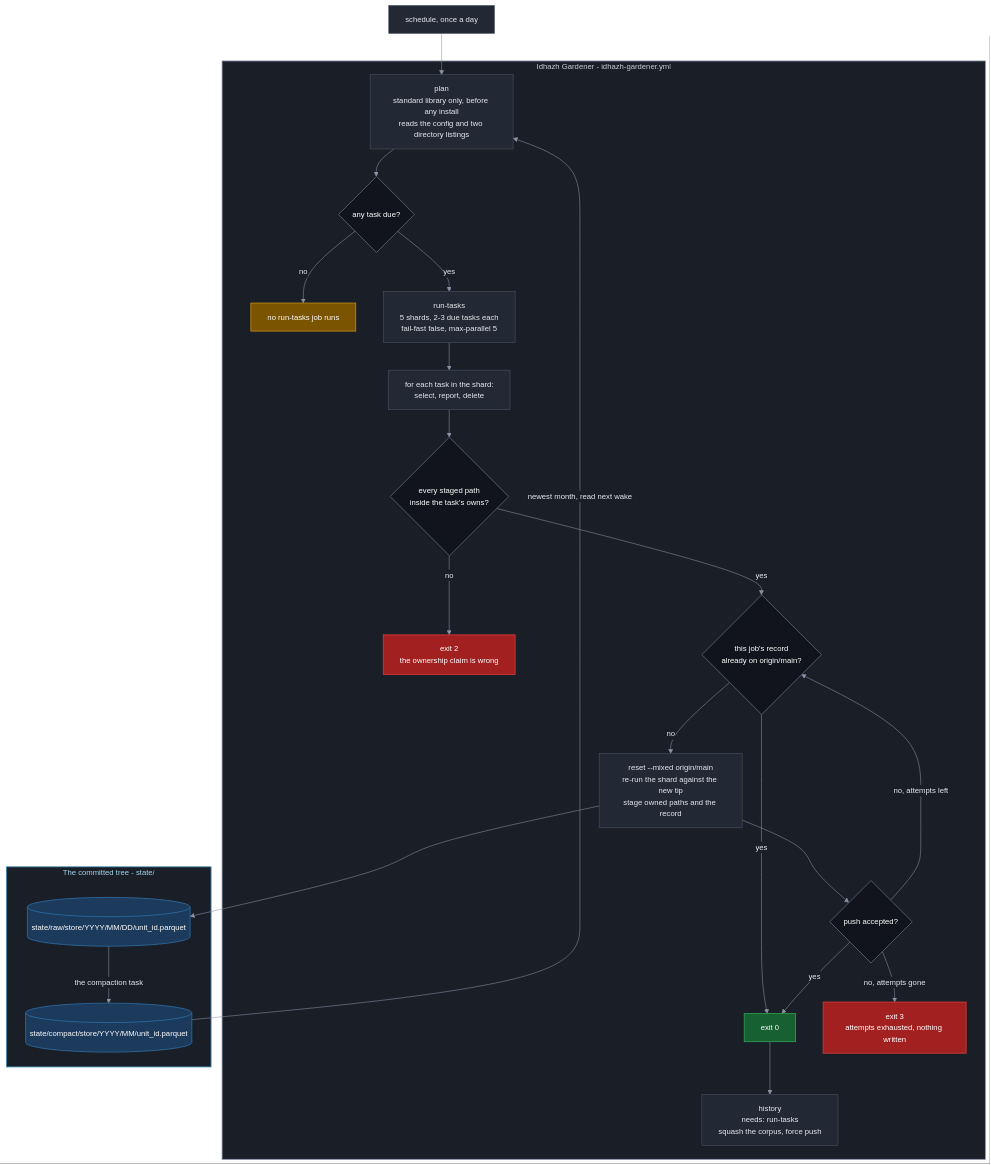
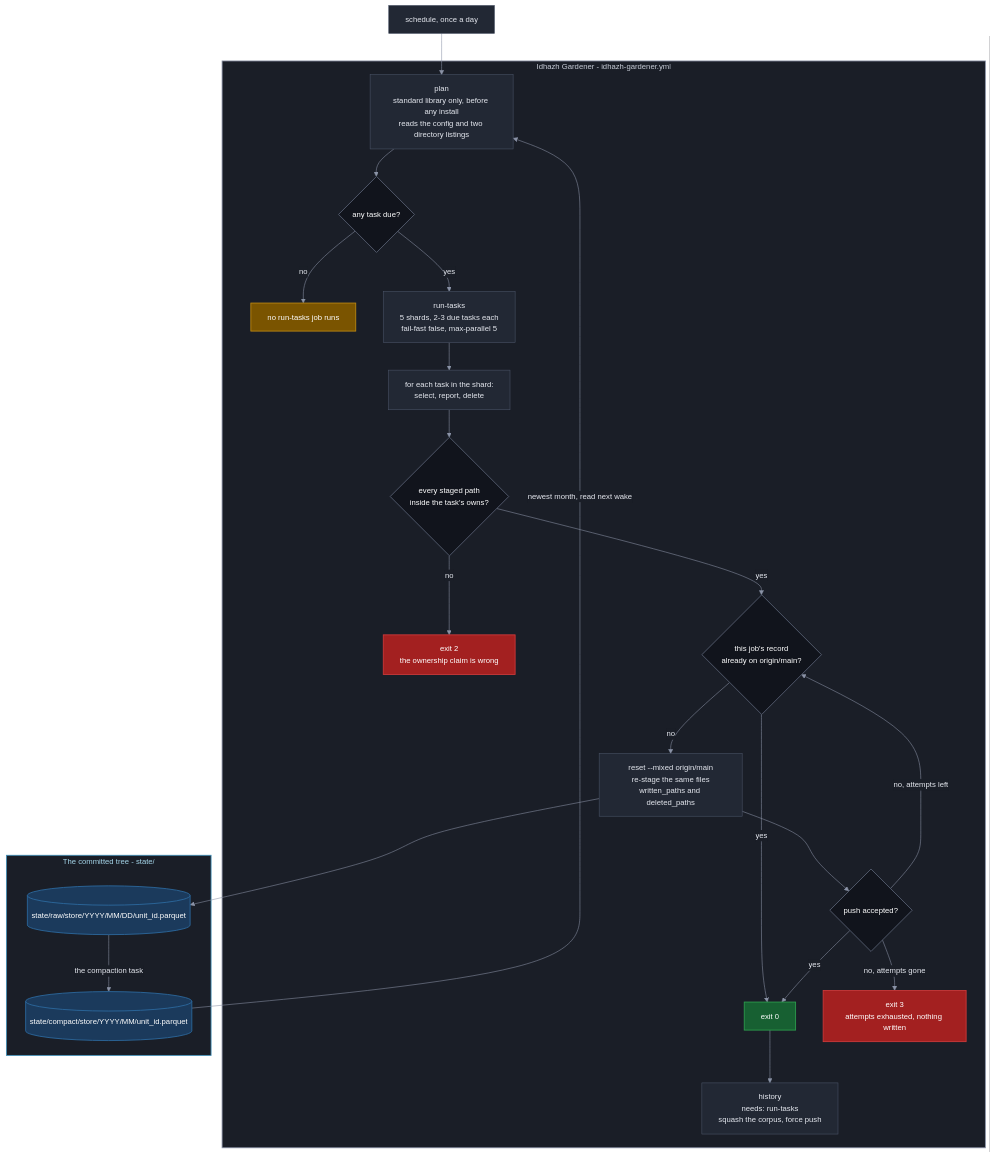
The diagram in TODO/20260924-50-idhazh-gardener-plan.md (miztiik/yen-idhazh), drawn with Mermaid before and after one commit. The commit also changed other lines of this file and 1 other file, not shown here.

````diff
--- a/TODO/20260924-50-idhazh-gardener-plan.md
+++ b/TODO/20260924-50-idhazh-gardener-plan.md
@@ -104,63 +104,63 @@
 ```mermaid
 %%{init: {"theme": "base", "themeVariables": {"background": "#0f1117", "primaryColor": "#222834", "primaryTextColor": "#e6e9f0", "primaryBorderColor": "#4b5468", "lineColor": "#8b93a7", "textColor": "#e6e9f0", "clusterBkg": "#1a1e27", "clusterBorder": "#3a4254", "titleColor": "#e6e9f0", "edgeLabelBackground": "#1a1e27", "fontSize": "14px"}}}%%
 flowchart TB
   CRON["schedule, once a day"]
 
   subgraph OPS["Idhazh Gardener - idhazh-gardener.yml"]
     PLAN["plan<br/>standard library only, before any install<br/>reads the config and two directory listings"]
     ANY{"any task due?"}
     IDLE["no run-tasks job runs"]
     TEND["run-tasks<br/>5 shards, 2-3 due tasks each<br/>fail-fast false, max-parallel 5"]
     RUN["for each task in the shard:<br/>select, report, delete"]
     OWNED{"every staged path<br/>inside the task's owns?"}
     OUTSIDE["exit 2<br/>the ownership claim is wrong"]
     LANDED{"this job's record<br/>already on origin/main?"}
-    REAPPLY["reset --mixed origin/main<br/>re-run the shard against the new tip<br/>stage owned paths and the record"]
+    REAPPLY["reset --mixed origin/main<br/>re-stage the same files<br/>written_paths and deleted_paths"]
     PUSHED{"push accepted?"}
     OK["exit 0"]
     LOST["exit 3<br/>attempts exhausted, nothing written"]
     HIST["history<br/>needs: run-tasks<br/>squash the corpus, force push"]
   end
 
   subgraph TREE["The committed tree - state/"]
     RAW[("state/raw/store/YYYY/MM/DD/unit_id.parquet")]
     COMPACT[("state/compact/store/YYYY/MM/unit_id.parquet")]
   end
 
   CRON --> PLAN
   PLAN --> ANY
   ANY -->|"no"| IDLE
   ANY -->|"yes"| TEND
   TEND --> RUN
   RUN --> OWNED
   OWNED -->|"no"| OUTSIDE
   OWNED -->|"yes"| LANDED
   LANDED -->|"yes"| OK
   LANDED -->|"no"| REAPPLY
   REAPPLY --> RAW
   REAPPLY --> PUSHED
   PUSHED -->|"yes"| OK
   PUSHED -->|"no, attempts left"| LANDED
   PUSHED -->|"no, attempts gone"| LOST
   OK --> HIST
   COMPACT -->|"newest month, read next wake"| PLAN
   RAW -->|"the compaction task"| COMPACT
 
   classDef stage fill:#222834,stroke:#4b5468,stroke-width:1px,color:#e6e9f0;
   classDef decision fill:#11141c,stroke:#5b6477,stroke-width:1.5px,color:#ffffff;
   classDef yes fill:#176032,stroke:#2ea04f,stroke-width:1.5px,color:#ffffff;
   classDef no fill:#a32020,stroke:#d23b3b,stroke-width:1.5px,color:#ffffff;
   classDef warn fill:#7a5400,stroke:#c08a12,stroke-width:1.5px,color:#ffffff;
   classDef store fill:#1b3a5c,stroke:#2d6ca3,stroke-width:1.5px,color:#ffffff;
   classDef sysOps fill:#1a1e27,stroke:#8b93a7,stroke-width:1.5px,color:#c8cdd8;
   classDef sysPublish fill:#1a1e27,stroke:#3f8fb8,stroke-width:1.5px,color:#a5d6ea;
 
   class CRON,PLAN,TEND,RUN,REAPPLY,HIST stage;
   class ANY,OWNED,LANDED,PUSHED decision;
   class OK yes;
   class OUTSIDE,LOST no;
   class IDLE warn;
   class RAW,COMPACT store;
   class OPS sysOps;
   class TREE sysPublish;
 ```
````
